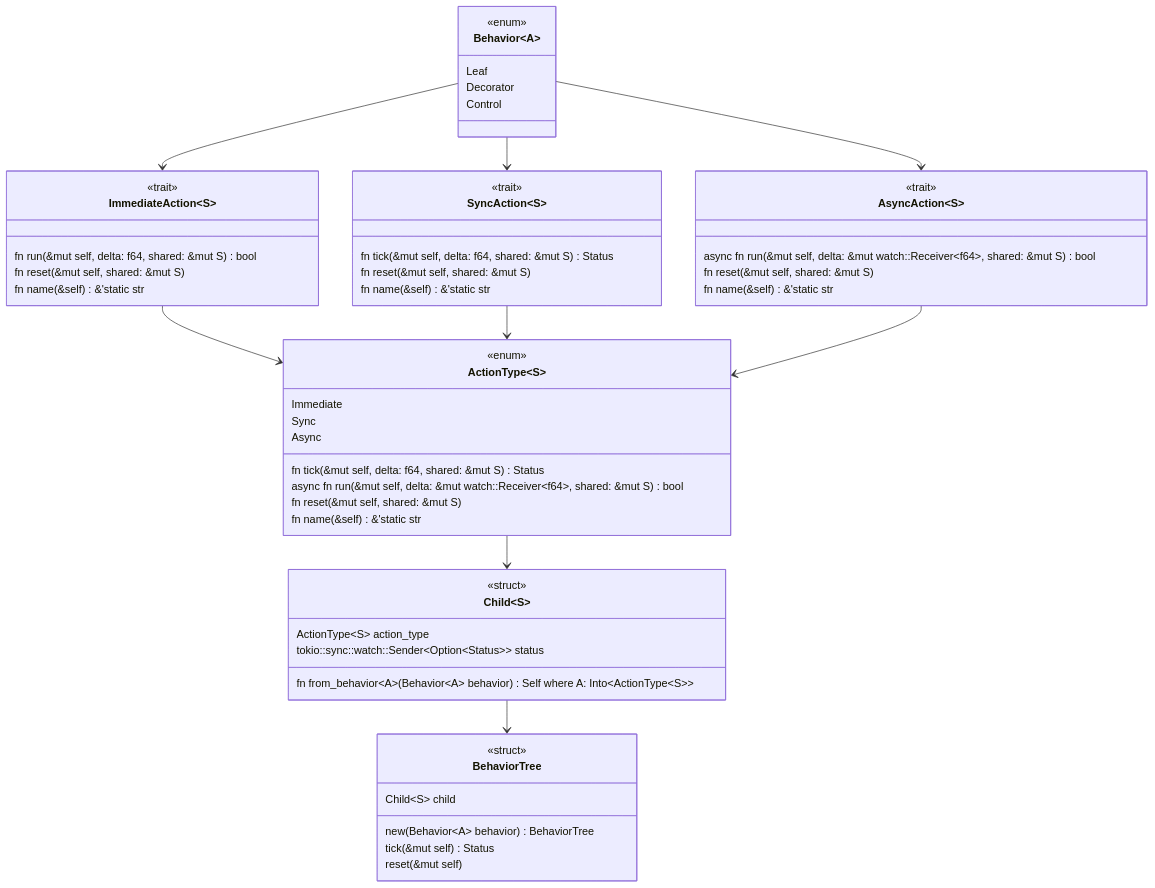
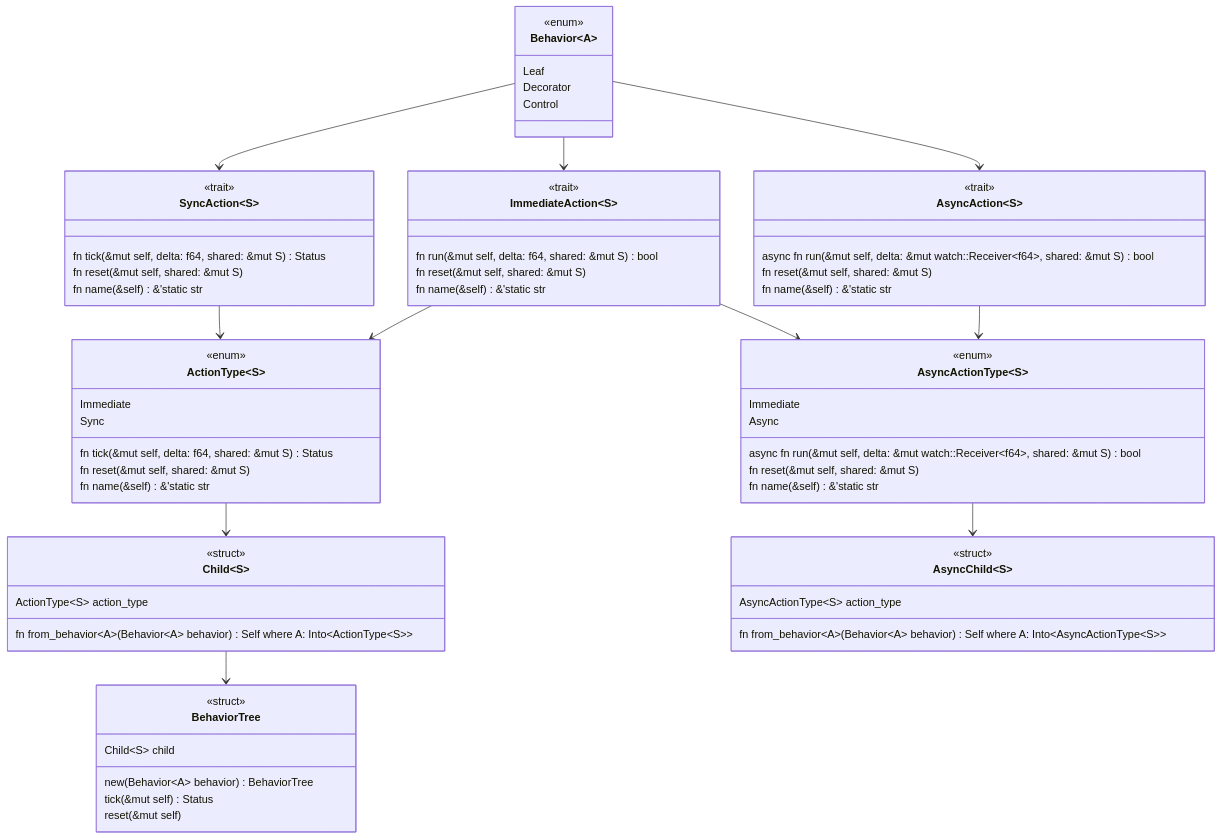
Before and after one commit to coder137/behaviortree-rs: the diagram in README.md, drawn with Mermaid. The commit also changed other lines of this file and 5 other files, not shown here.

Commit message:
Updated async behavior tree

````diff
--- a/README.md
+++ b/README.md
@@ -35,9 +35,17 @@
     <<enum>>
     Immediate
     Sync
+
+    fn tick(&mut self, delta: f64, shared: &mut S) Status
+    fn reset(&mut self, shared: &mut S)
+    fn name(&self) &'static str
+}
+
+class AsyncActionType~S~ {
+    <<enum>>
+    Immediate
     Async
 
-    fn tick(&mut self, delta: f64, shared: &mut S) Status
     async fn run(&mut self, delta: &mut watch::Receiver~f64~, shared: &mut S) bool
     fn reset(&mut self, shared: &mut S)
     fn name(&self) &'static str
@@ -46,9 +54,15 @@
 class Child~S~ {
     <<struct>>
     ActionType~S~ action_type
-    tokio::sync::watch::Sender~Option~Status~~ status
 
     fn from_behavior~A~(Behavior~A~ behavior) Self where A: Into~ActionType~S~~
+}
+
+class AsyncChild~S~ {
+    <<struct>>
+    AsyncActionType~S~ action_type
+
+    fn from_behavior~A~(Behavior~A~ behavior) Self where A: Into~AsyncActionType~S~~
 }
 
 class BehaviorTree {
@@ -63,9 +77,14 @@
 Behavior --> ImmediateAction
 Behavior --> SyncAction
 Behavior --> AsyncAction
+
+SyncAction --> ActionType
 ImmediateAction --> ActionType
-SyncAction --> ActionType
-AsyncAction --> ActionType
+ImmediateAction --> AsyncActionType
+AsyncAction --> AsyncActionType
+
 ActionType --> Child
 Child --> BehaviorTree
+
+AsyncActionType --> AsyncChild
 ```
````
